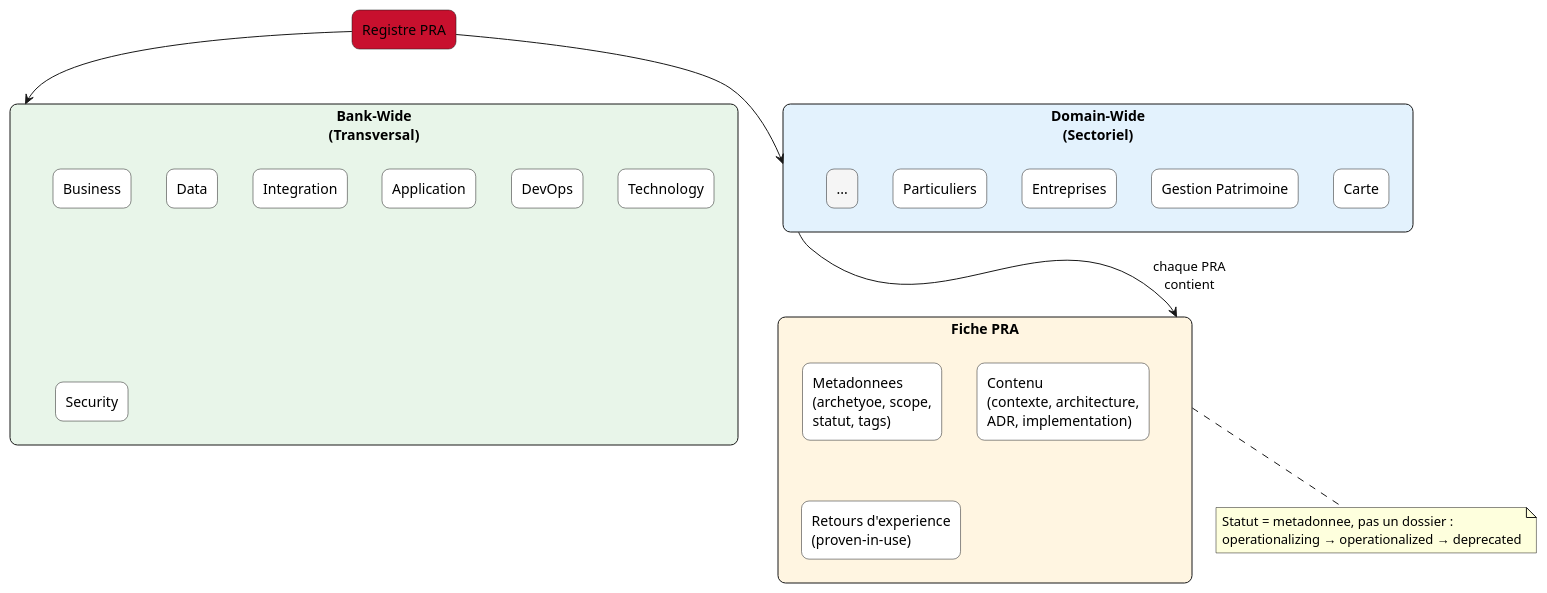
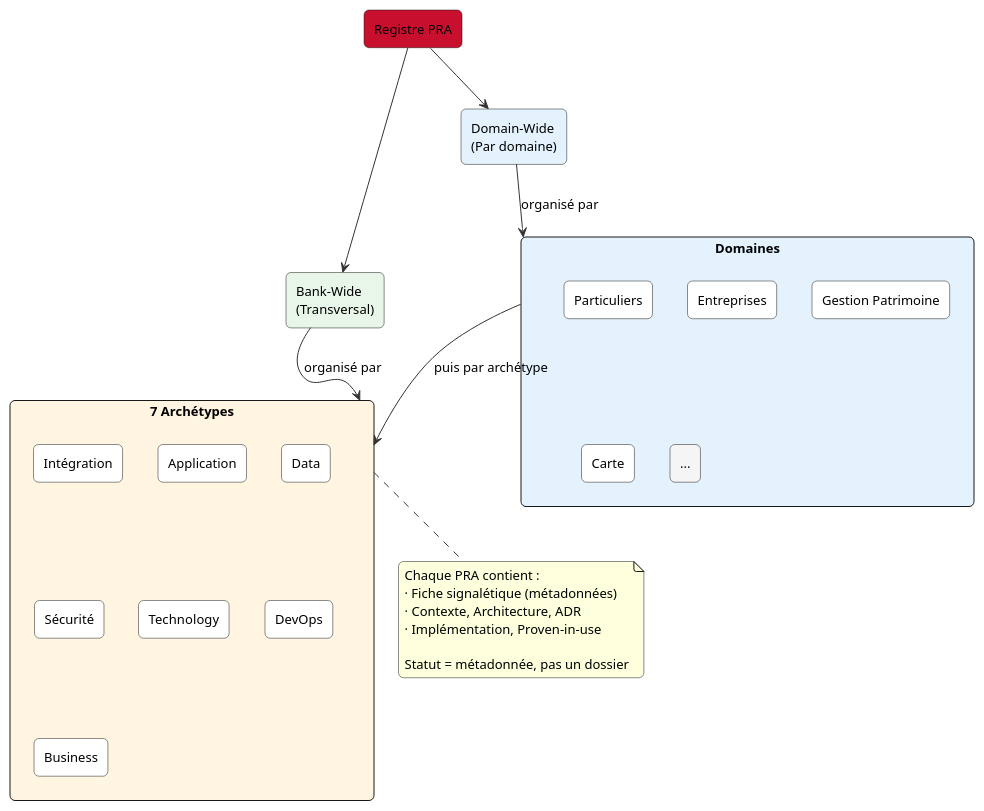
Before and after one commit to KiyaliHQ/proven-reusable-architecture: the third of 7 diagrams in content/pras/fr/overview.adoc, drawn with PlantUML. The commit also changed other lines of this file and 1 other file, not shown here.

First line of the commit message:
fix: improve PlantUML diagrams for stakeholder presentation

```diff
--- a/content/pras/fr/overview.adoc
+++ b/content/pras/fr/overview.adoc
@@ -109,53 +99,53 @@
 [plantuml]
 ----
 @startuml
 skinparam backgroundColor transparent
-skinparam rectangle {
-  RoundCorner 15
+skinparam defaultFontName "Segoe UI"
+skinparam defaultFontSize 13
+skinparam shadowing false
+skinparam roundCorner 10
+skinparam ArrowColor #333333
+skinparam object {
+  BackgroundColor #ffffff
+  BorderColor #d1d5db
 }
 
 rectangle "Registre PRA" as root #c8102e
 
-rectangle "Bank-Wide\n(Transversal)" as bw #e8f5e9 {
-  rectangle "Integration" as bw_int #fff
-  rectangle "Application" as bw_app #fff
-  rectangle "DevOps" as bw_dev #fff
-  rectangle "Technology" as bw_tech #fff
-  rectangle "Business" as bw_bus #fff
-  rectangle "Data" as bw_data #fff
-  rectangle "Security" as bw_sec #fff
+rectangle "Bank-Wide\n(Transversal)" as bw #e8f5e9
+rectangle "Domain-Wide\n(Par domaine)" as dw #e3f2fd
+
+rectangle "7 Archétypes" as arch #fff5e1 {
+  rectangle "Intégration" as a1 #ffffff
+  rectangle "Application" as a2 #ffffff
+  rectangle "Data" as a3 #ffffff
+  rectangle "Sécurité" as a4 #ffffff
+  rectangle "Technology" as a5 #ffffff
+  rectangle "DevOps" as a6 #ffffff
+  rectangle "Business" as a7 #ffffff
 }
 
-rectangle "Domain-Wide\n(Sectoriel)" as dw #e3f2fd {
-  rectangle "Particuliers" as dw_part #fff
-  rectangle "Entreprises" as dw_ent #fff
-  rectangle "Gestion Patrimoine" as dw_gp #fff
-  rectangle "Carte" as dw_carte #fff
-  rectangle "..." as dw_more #f5f5f5
-}
-
-rectangle "Fiche PRA" as fiche #fff5e1 {
-  rectangle "Metadonnees\n(archetyoe, scope,\nstatut, tags)" as meta #fff
-  rectangle "Contenu\n(contexte, architecture,\nADR, implementation)" as content #fff
-  rectangle "Retours d'experience\n(proven-in-use)" as proven #fff
+rectangle "Domaines" as domains #e3f2fd {
+  rectangle "Particuliers" as d1 #ffffff
+  rectangle "Entreprises" as d2 #ffffff
+  rectangle "Gestion Patrimoine" as d3 #ffffff
+  rectangle "Carte" as d4 #ffffff
+  rectangle "..." as d5 #f5f5f5
 }
 
 root -down-> bw
 root -down-> dw
+bw -down-> arch : organisé par
+dw -down-> domains : organisé par
+domains -down-> arch : puis par archétype
 
-bw_int -[hidden]right-> bw_app
-bw_app -[hidden]right-> bw_dev
-bw_dev -[hidden]right-> bw_tech
+note bottom of arch
+  Chaque PRA contient :
+  · Fiche signalétique (métadonnées)
+  · Contexte, Architecture, ADR
+  · Implémentation, Proven-in-use
 
-dw_part -[hidden]right-> dw_ent
-dw_ent -[hidden]right-> dw_gp
-dw_gp -[hidden]right-> dw_carte
-
-dw --> fiche : chaque PRA\ncontient
-
-note bottom of fiche
-  Statut = metadonnee, pas un dossier :
-  operationalizing → operationalized → deprecated
+  Statut = métadonnée, pas un dossier
 end note
 @enduml
 ----
```
